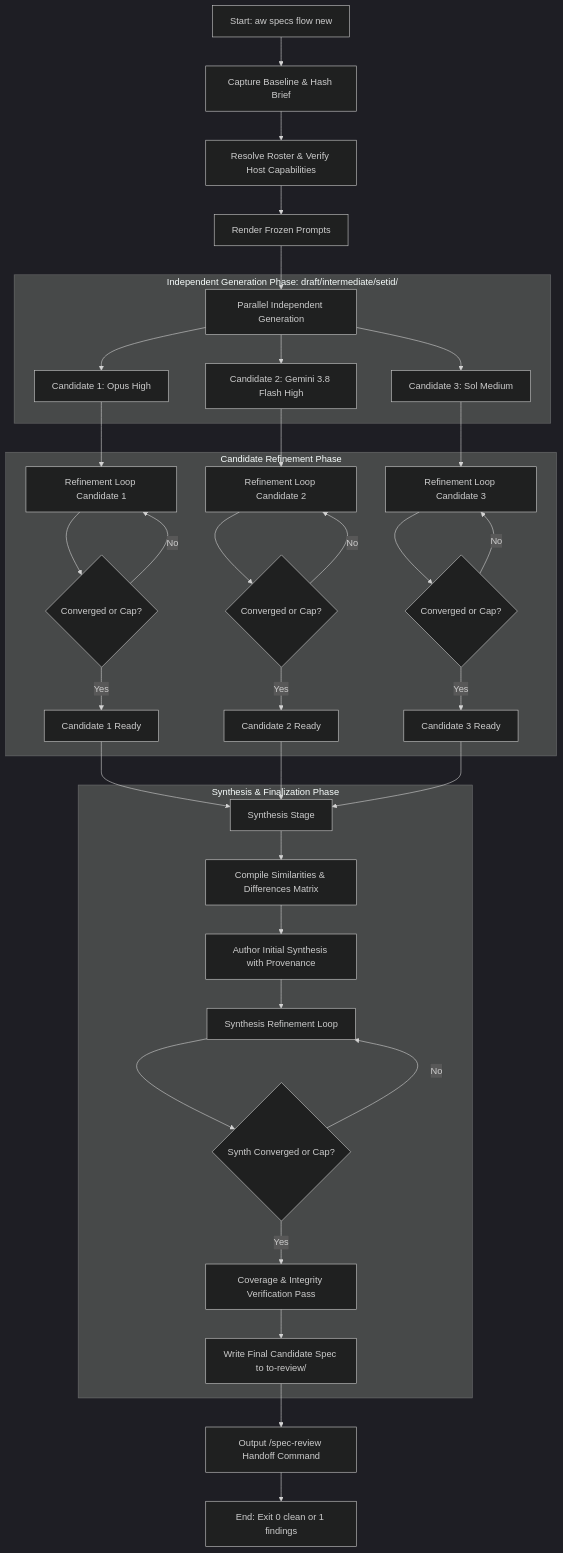
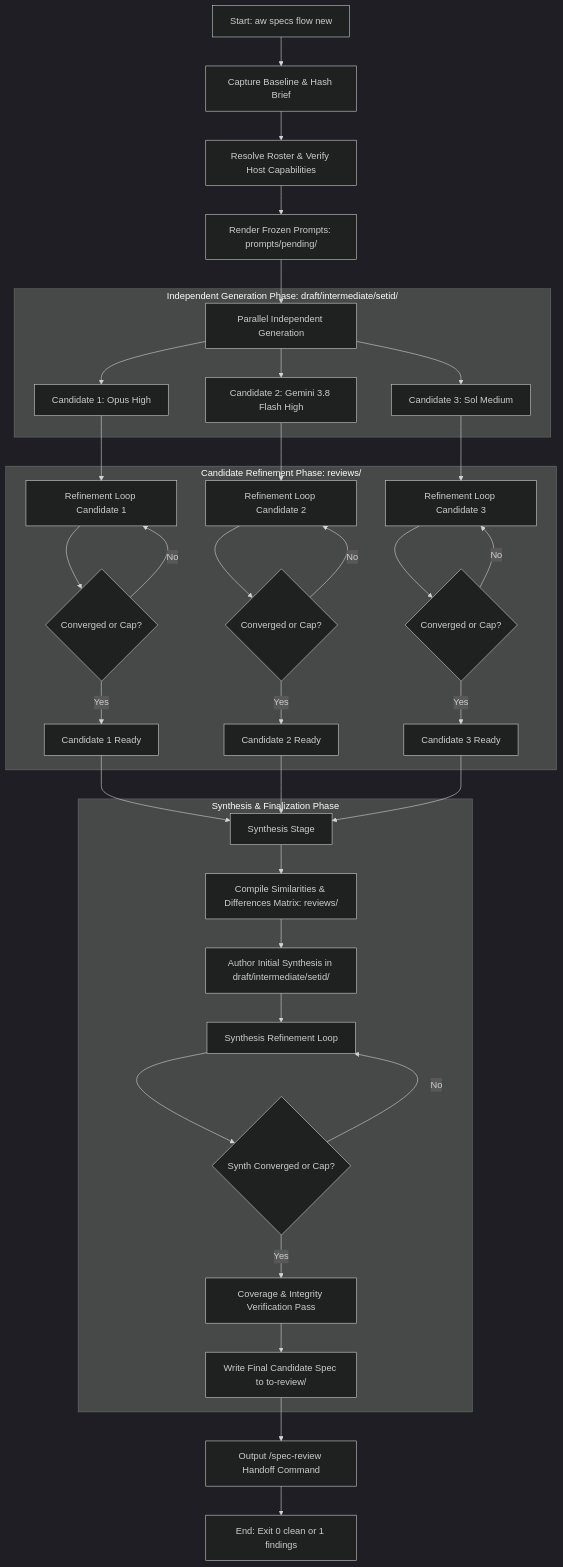
The second of 4 diagrams in .aw/records/specs/draft/20261024-specflow-01-18hh1u-spec-research-synthesis.spec.md (fariello/agent-workflows), drawn with Mermaid (dark theme) before and after one commit. The commit also changed other lines of this file and 1 other file, not shown here.

First line of the commit message:
docs(specs): refine candidate spec 18hh1u per adversarial review vprs7o

````diff
--- a/.aw/records/specs/draft/20261024-specflow-01-18hh1u-spec-research-synthesis.spec.md
+++ b/.aw/records/specs/draft/20261024-specflow-01-18hh1u-spec-research-synthesis.spec.md
@@ -475,48 +571,48 @@
 ```mermaid
 flowchart TD
     A[Start: aw specs flow new] --> B[Capture Baseline & Hash Brief]
     B --> C[Resolve Roster & Verify Host Capabilities]
-    C --> D[Render Frozen Prompts]
+    C --> D[Render Frozen Prompts: prompts/pending/]
     D --> E[Parallel Independent Generation]
 
     subgraph Independent Generation Phase: draft/intermediate/setid/
         E --> E1[Candidate 1: Opus High]
         E --> E2[Candidate 2: Gemini 3.8 Flash High]
         E --> E3[Candidate 3: Sol Medium]
     end
 
     E1 --> F1[Refinement Loop Candidate 1]
     E2 --> F2[Refinement Loop Candidate 2]
     E3 --> F3[Refinement Loop Candidate 3]
 
-    subgraph Candidate Refinement Phase
+    subgraph Candidate Refinement Phase: reviews/
         F1 --> G1{Converged or Cap?}
         G1 -- No --> F1
         G1 -- Yes --> H1[Candidate 1 Ready]
 
         F2 --> G2{Converged or Cap?}
         G2 -- No --> F2
         G2 -- Yes --> H2[Candidate 2 Ready]
 
         F3 --> G3{Converged or Cap?}
         G3 -- No --> F3
         G3 -- Yes --> H3[Candidate 3 Ready]
     end
 
     H1 --> I[Synthesis Stage]
     H2 --> I
     H3 --> I
 
     subgraph Synthesis & Finalization Phase
-        I --> J[Compile Similarities & Differences Matrix]
-        J --> K[Author Initial Synthesis with Provenance]
+        I --> J[Compile Similarities & Differences Matrix: reviews/]
+        J --> K[Author Initial Synthesis in draft/intermediate/setid/]
         K --> L[Synthesis Refinement Loop]
         L --> M{Synth Converged or Cap?}
         M -- No --> L
         M -- Yes --> N[Coverage & Integrity Verification Pass]
         N --> O[Write Final Candidate Spec to to-review/]
     end
 
     O --> P[Output /spec-review Handoff Command]
     P --> Q[End: Exit 0 clean or 1 findings]
 ```
````
